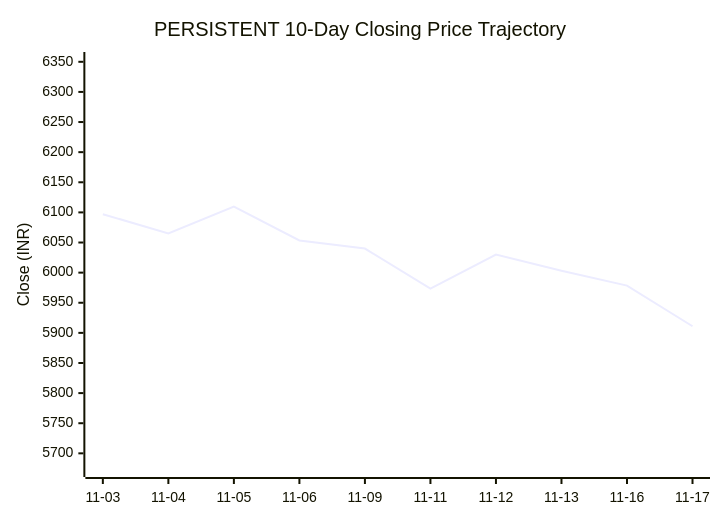
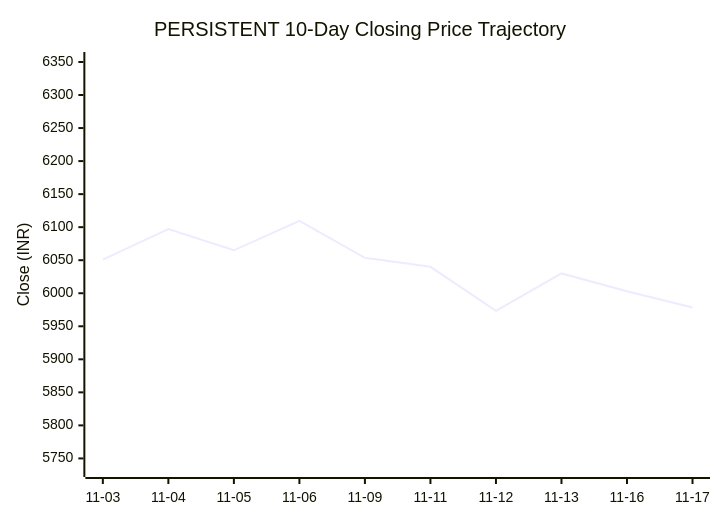
Before and after one commit to purnareddy9/dev: the second of 3 diagrams in market-intelligence/stocks/PERSISTENT/README.md, drawn with Mermaid. The commit also changed other lines of this file and 3 other files, not shown here.

````diff
--- a/market-intelligence/stocks/PERSISTENT/README.md
+++ b/market-intelligence/stocks/PERSISTENT/README.md
@@ -95,7 +95,7 @@
 ```mermaid
 xychart-beta
     title "PERSISTENT 10-Day Closing Price Trajectory"
     x-axis ["11-03", "11-04", "11-05", "11-06", "11-09", "11-11", "11-12", "11-13", "11-16", "11-17"]
-    y-axis "Close (INR)" 5674 --> 6353
-    line [6097.0, 6065.0, 6109.5, 6053.5, 6040.0, 5973.5, 6030.0, 6003.0, 5978.5, 5911.0]
+    y-axis "Close (INR)" 5734 --> 6353
+    line [6051.0, 6097.0, 6065.0, 6109.5, 6053.5, 6040.0, 5973.5, 6030.0, 6003.0, 5978.5]
 ```
````
